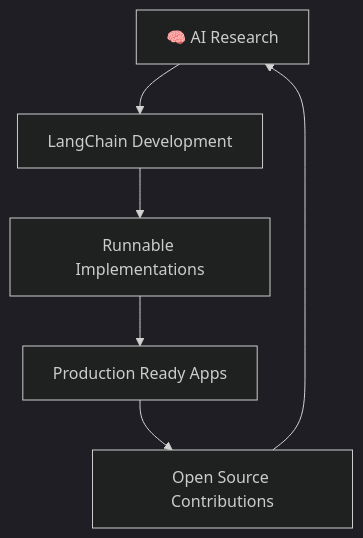
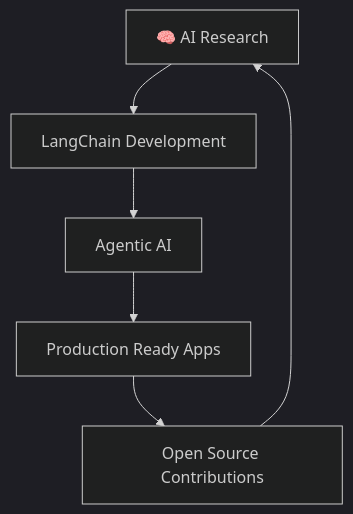
Before and after one commit to Void-Anvesha/Void-Anvesha: the diagram in README.md, drawn with Mermaid (dark theme). The commit also changed other lines of this file, not shown here.

````diff
--- a/README.md
+++ b/README.md
@@ -119,8 +104,8 @@
 ```mermaid
 graph TD
     A[🧠 AI Research] --> B[LangChain Development]
-    B --> C[Runnable Implementations]
+    B --> C[Agentic AI]
     C --> D[Production Ready Apps]
     D --> E[Open Source Contributions]
     E --> A
 ```
````
